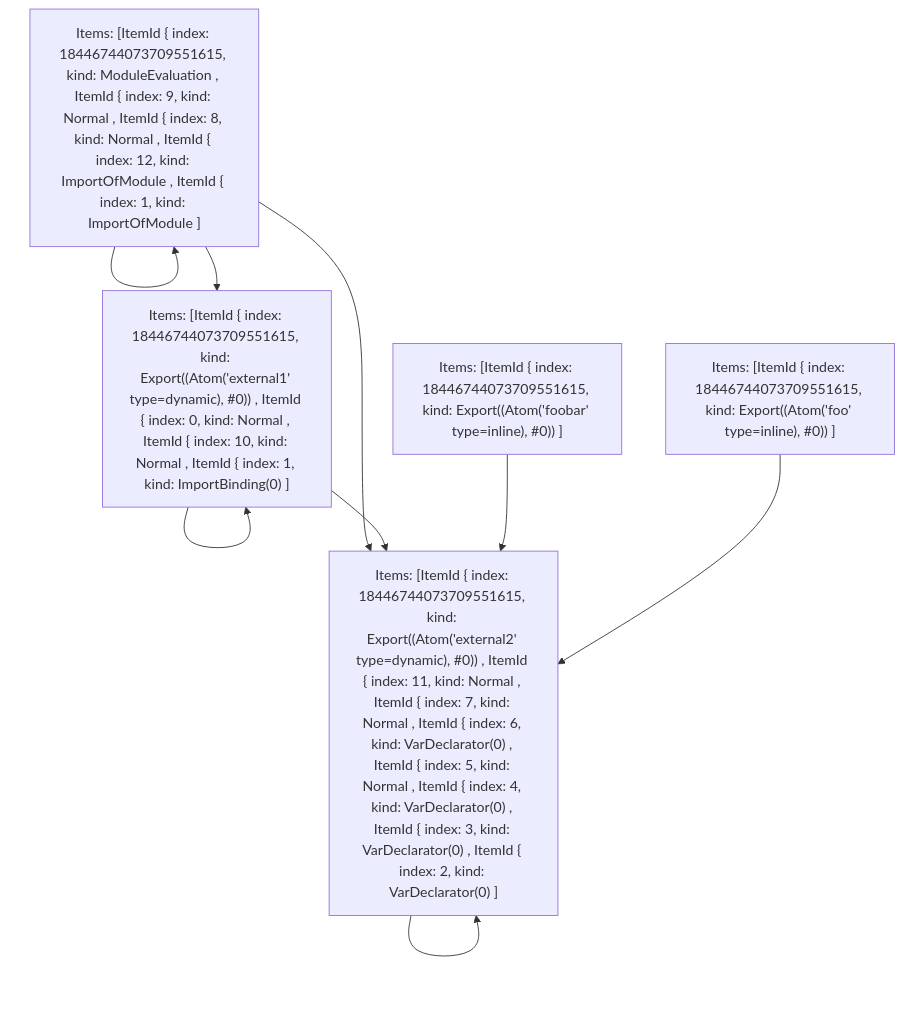
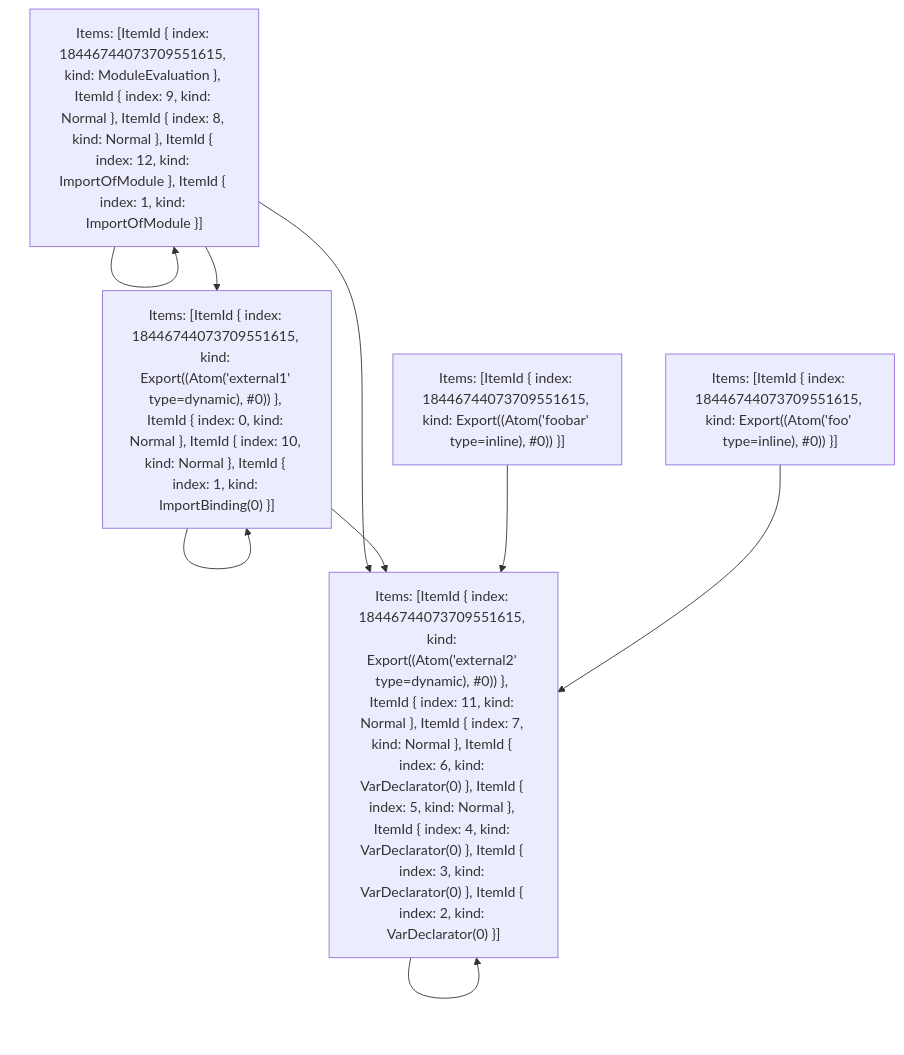
Before and after one commit to vercel/turborepo: the fifth of 5 diagrams in crates/turbopack-ecmascript/tests/tree-shaker/analyzer/2/output.md, drawn with Mermaid. The commit also changed 2 other files, not shown here.

Commit message:
Update test refs

````diff
--- a/crates/turbopack-ecmascript/tests/tree-shaker/analyzer/2/output.md
+++ b/crates/turbopack-ecmascript/tests/tree-shaker/analyzer/2/output.md
@@ -368,16 +368,16 @@
 ```mermaid
 graph TD
-    N0["Items: [ItemId { index: 18446744073709551615, kind: ModuleEvaluation , ItemId { index: 9, kind: Normal , ItemId { index: 8, kind: Normal , ItemId { index: 12, kind: ImportOfModule , ItemId { index: 1, kind: ImportOfModule ]"];
-    N1["Items: [ItemId { index: 18446744073709551615, kind: Export((Atom('external1' type=dynamic), #0)) , ItemId { index: 0, kind: Normal , ItemId { index: 10, kind: Normal , ItemId { index: 1, kind: ImportBinding(0) ]"];
-    N2["Items: [ItemId { index: 18446744073709551615, kind: Export((Atom('foobar' type=inline), #0)) ]"];
-    N3["Items: [ItemId { index: 18446744073709551615, kind: Export((Atom('foo' type=inline), #0)) ]"];
-    N4["Items: [ItemId { index: 18446744073709551615, kind: Export((Atom('external2' type=dynamic), #0)) , ItemId { index: 11, kind: Normal , ItemId { index: 7, kind: Normal , ItemId { index: 6, kind: VarDeclarator(0) , ItemId { index: 5, kind: Normal , ItemId { index: 4, kind: VarDeclarator(0) , ItemId { index: 3, kind: VarDeclarator(0) , ItemId { index: 2, kind: VarDeclarator(0) ]"];
+    N0["Items: [ItemId { index: 18446744073709551615, kind: ModuleEvaluation }, ItemId { index: 9, kind: Normal }, ItemId { index: 8, kind: Normal }, ItemId { index: 12, kind: ImportOfModule }, ItemId { index: 1, kind: ImportOfModule }]"];
+    N1["Items: [ItemId { index: 18446744073709551615, kind: Export((Atom('external1' type=dynamic), #0)) }, ItemId { index: 0, kind: Normal }, ItemId { index: 10, kind: Normal }, ItemId { index: 1, kind: ImportBinding(0) }]"];
+    N2["Items: [ItemId { index: 18446744073709551615, kind: Export((Atom('foobar' type=inline), #0)) }]"];
+    N3["Items: [ItemId { index: 18446744073709551615, kind: Export((Atom('foo' type=inline), #0)) }]"];
+    N4["Items: [ItemId { index: 18446744073709551615, kind: Export((Atom('external2' type=dynamic), #0)) }, ItemId { index: 11, kind: Normal }, ItemId { index: 7, kind: Normal }, ItemId { index: 6, kind: VarDeclarator(0) }, ItemId { index: 5, kind: Normal }, ItemId { index: 4, kind: VarDeclarator(0) }, ItemId { index: 3, kind: VarDeclarator(0) }, ItemId { index: 2, kind: VarDeclarator(0) }]"];
     N0 --> N0;
     N0 --> N1;
     N0 --> N4;
     N1 --> N1;
     N1 --> N4;
     N2 --> N4;
     N3 --> N4;
     N4 --> N4;
 ```
````
